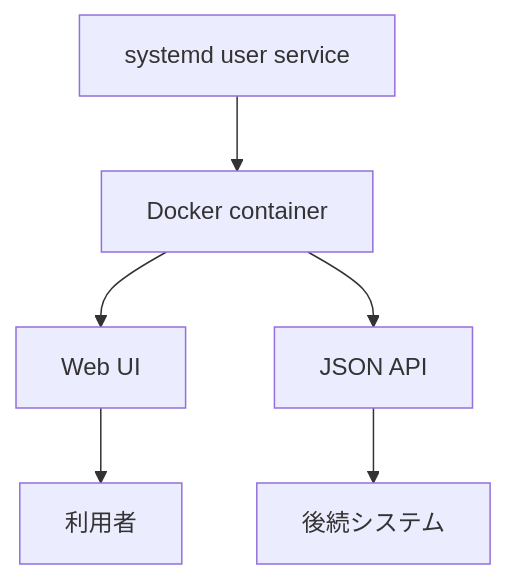
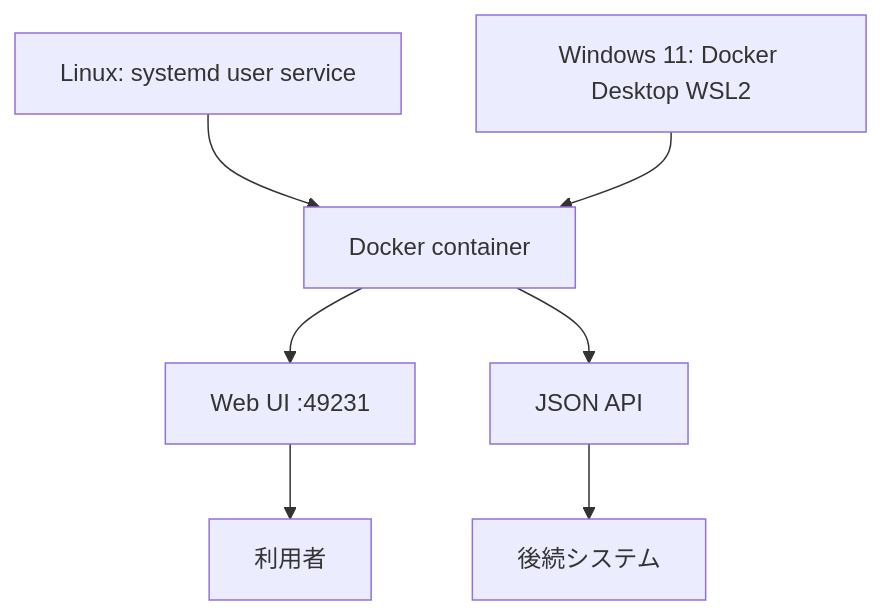
Before and after one commit to Kensan196948G/Global-Civil-API-Catalog: the sixth of 6 diagrams in README.md, drawn with Mermaid. The commit also changed other lines of this file and 5 other files, not shown here.

````diff
--- a/README.md
+++ b/README.md
@@ -122,8 +139,9 @@
 ```mermaid
 flowchart TD
-  A["systemd user service"] --> B["Docker container"]
-  B --> C["Web UI"]
-  B --> D["JSON API"]
-  C --> E["利用者"]
-  D --> F["後続システム"]
+  A["Linux: systemd user service"] --> C["Docker container"]
+  B["Windows 11: Docker Desktop WSL2"] --> C
+  C --> D["Web UI :49231"]
+  C --> E["JSON API"]
+  D --> F["利用者"]
+  E --> G["後続システム"]
 ```
````
